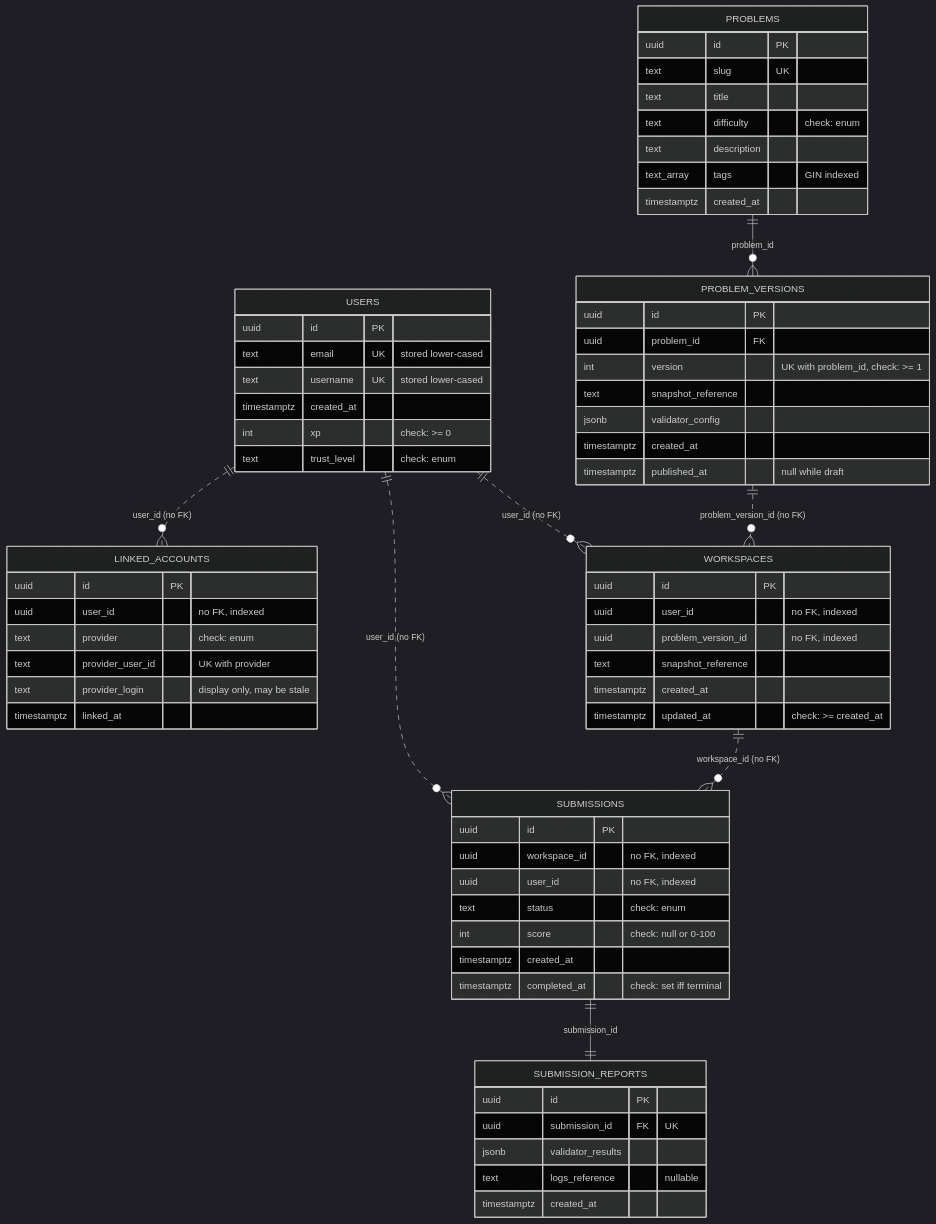
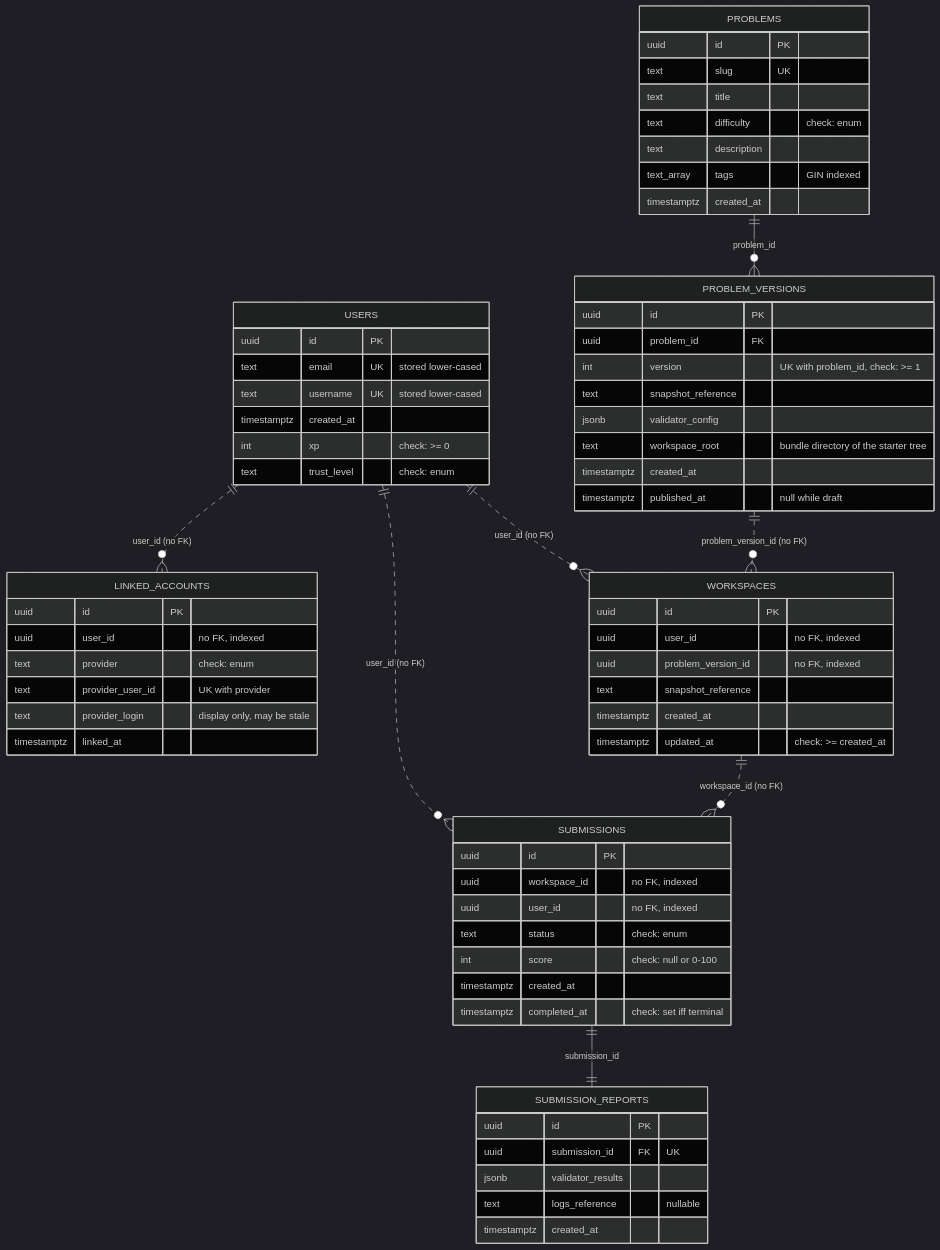
The diagram in docs/DATABASE_SCHEMA.md (shoraLBRT/ritocode), drawn with Mermaid (dark theme) before and after one commit. The commit also changed 37 other files, not shown here.

````diff
--- a/docs/DATABASE_SCHEMA.md
+++ b/docs/DATABASE_SCHEMA.md
@@ -24,75 +24,76 @@
 ```mermaid
 erDiagram
     USERS ||..o{ LINKED_ACCOUNTS : "user_id (no FK)"
     USERS ||..o{ WORKSPACES : "user_id (no FK)"
     USERS ||..o{ SUBMISSIONS : "user_id (no FK)"
     PROBLEMS ||--o{ PROBLEM_VERSIONS : "problem_id"
     PROBLEM_VERSIONS ||..o{ WORKSPACES : "problem_version_id (no FK)"
     WORKSPACES ||..o{ SUBMISSIONS : "workspace_id (no FK)"
     SUBMISSIONS ||--|| SUBMISSION_REPORTS : "submission_id"
 
     USERS {
         uuid id PK
         text email UK "stored lower-cased"
         text username UK "stored lower-cased"
         timestamptz created_at
         int xp "check: >= 0"
         text trust_level "check: enum"
     }
 
     LINKED_ACCOUNTS {
         uuid id PK
         uuid user_id "no FK, indexed"
         text provider "check: enum"
         text provider_user_id "UK with provider"
         text provider_login "display only, may be stale"
         timestamptz linked_at
     }
 
     PROBLEMS {
         uuid id PK
         text slug UK
         text title
         text difficulty "check: enum"
         text description
         text_array tags "GIN indexed"
         timestamptz created_at
     }
 
     PROBLEM_VERSIONS {
         uuid id PK
         uuid problem_id FK
         int version "UK with problem_id, check: >= 1"
         text snapshot_reference
         jsonb validator_config
+        text workspace_root "bundle directory of the starter tree"
         timestamptz created_at
         timestamptz published_at "null while draft"
     }
 
     WORKSPACES {
         uuid id PK
         uuid user_id "no FK, indexed"
         uuid problem_version_id "no FK, indexed"
         text snapshot_reference
         timestamptz created_at
         timestamptz updated_at "check: >= created_at"
     }
 
     SUBMISSIONS {
         uuid id PK
         uuid workspace_id "no FK, indexed"
         uuid user_id "no FK, indexed"
         text status "check: enum"
         int score "check: null or 0-100"
         timestamptz created_at
         timestamptz completed_at "check: set iff terminal"
     }
 
     SUBMISSION_REPORTS {
         uuid id PK
         uuid submission_id FK "UK"
         jsonb validator_results
         text logs_reference "nullable"
         timestamptz created_at
     }
 ```
````
